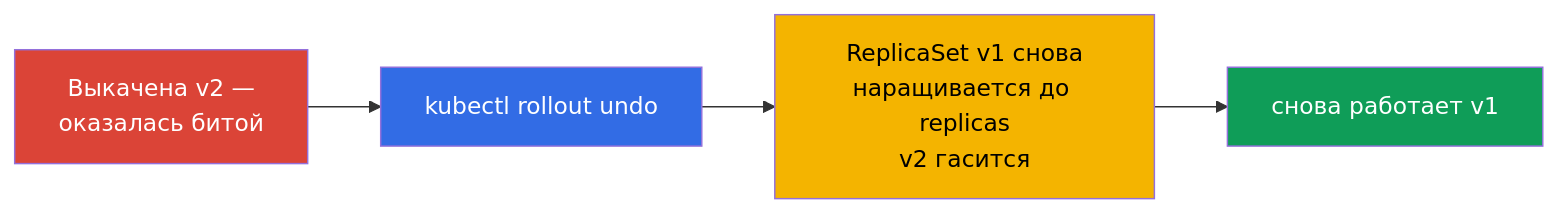
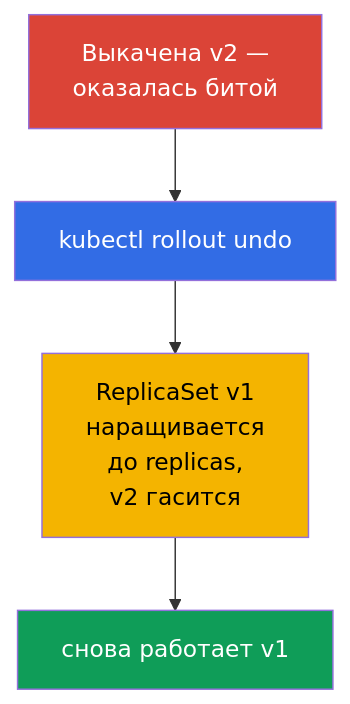
One commit to ViktorUJ/cks changed the fourth of 6 diagrams in tasks/cka/course/08/ru.md. Above: the diagram before and after it, drawn with Mermaid. The commit also changed other lines of this file and 1 other file, not shown here.

````diff
--- a/tasks/cka/course/08/ru.md
+++ b/tasks/cka/course/08/ru.md
@@ -152,10 +152,10 @@
 ```mermaid
-flowchart LR
+flowchart TB
     bad["Выкачена v2 —<br>оказалась битой"] --> undo["kubectl rollout undo"]
-    undo --> back["ReplicaSet v1 снова<br>наращивается до replicas<br>v2 гасится"]
+    undo --> back["ReplicaSet v1<br>наращивается<br>до replicas,<br>v2 гасится"]
     back --> ok["снова работает v1"]
     style bad fill:#db4437,color:#fff
     style undo fill:#326ce5,color:#fff
     style back fill:#f4b400,color:#000
     style ok fill:#0f9d58,color:#fff
 ```
````
